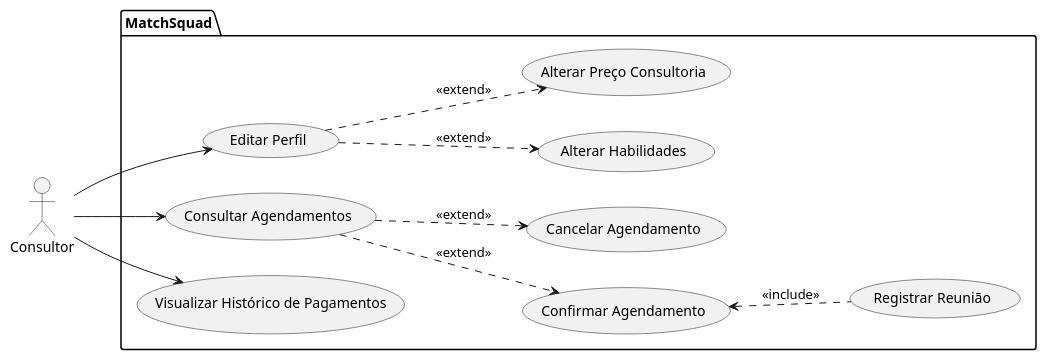
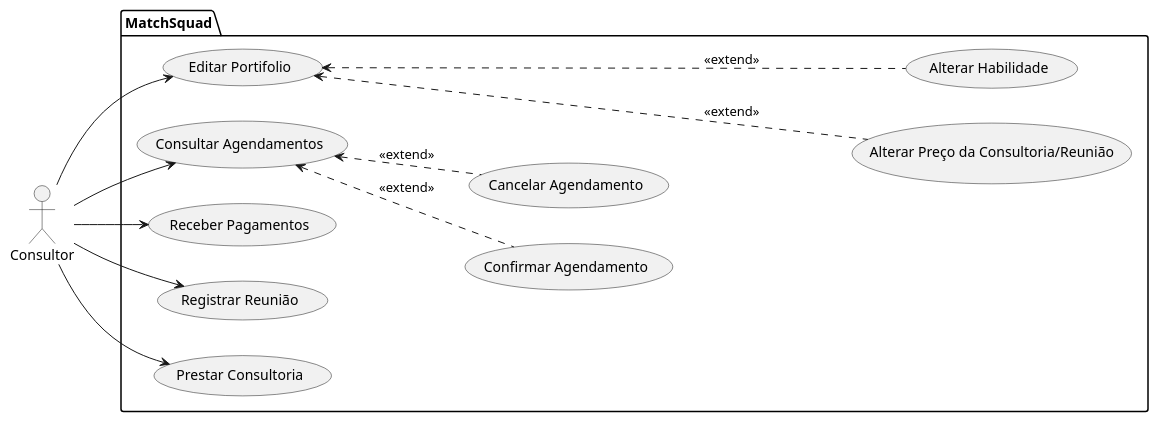
The diagram in Docs/FullStack/Homepage, Cadastros e Login/use-cases-consultor.puml (Gabriel-Alves02/MatchSquad), drawn with PlantUML before and after one commit. The commit also changed 6 other files, not shown here.

```diff
--- a/Docs/FullStack/Homepage, Cadastros e Login/use-cases-consultor.puml
+++ b/Docs/FullStack/Homepage, Cadastros e Login/use-cases-consultor.puml
@@ -1,29 +1,32 @@
 @startuml "Consultor use-cases"
 
 left to right direction
 
 actor Consultor as CO
+
 package MatchSquad{
 usecase "Consultar Agendamentos" as UC1
 usecase "Confirmar Agendamento" as UC2
 usecase "Cancelar Agendamento" as UC3
-usecase "Editar Perfil" as UC4
-usecase "Visualizar Histórico de Pagamentos" as UC5
+usecase "Editar Portifolio" as UC4
+usecase "Receber Pagamentos" as UC5
 usecase "Registrar Reunião" as UC6
-usecase "Ver Avaliações" as UC9
-usecase "Alterar Habilidades" as UC9
-usecase "Alterar Preço Consultoria" as UC10
+usecase "Prestar Consultoria" as UC7
+usecase "Alterar Preço da Consultoria/Reunião" as UC8
+usecase "Alterar Habilidade" as UC9
 }
 
 CO --> UC1
 CO --> UC4
 CO --> UC5
+CO --> UC6
+CO --> UC7
 
 
-(UC2)<.up.(UC1) : <<extend>>
-(UC3)<.up.(UC1) : <<extend>>
-(UC2)<.down.(UC6): <<include>>
-(UC9)<.up.(UC4) : <<extend>>
-(UC10)<.up.(UC4) : <<extend>>
+(UC2).up.>(UC1) : <<extend>>
+(UC3).up.>(UC1) : <<extend>>
+
+(UC8)..up..>(UC4) : <<extend>>
+(UC9)..up..>(UC4) : <<extend>>
 
 @enduml
```
